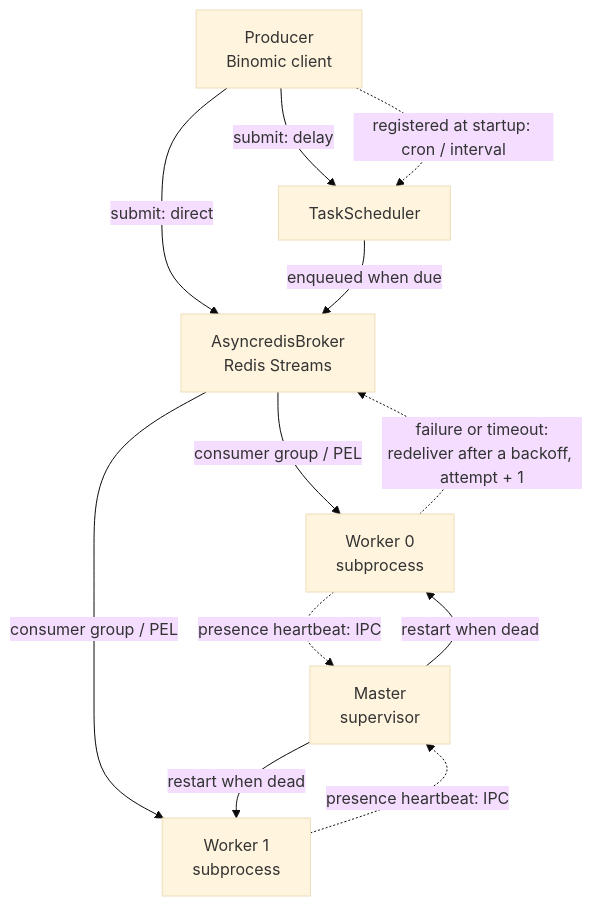
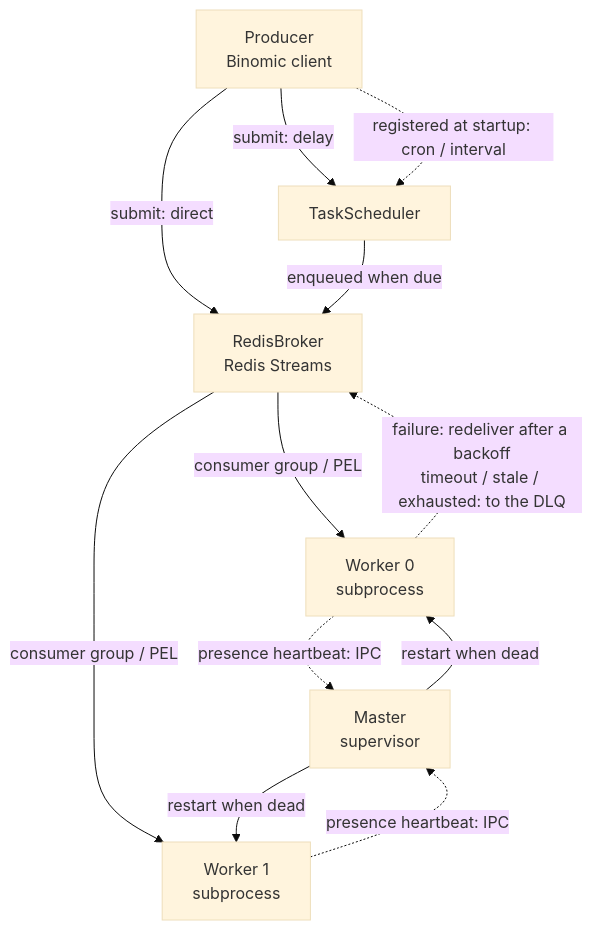
Before and after one commit to Ahsen17/binomic: the diagram in README_en.md, drawn with Mermaid (base theme). The commit also changed other lines of this file and 17 other files, not shown here.

````diff
--- a/README_en.md
+++ b/README_en.md
@@ -144,14 +145,14 @@
 ```mermaid
 flowchart TD
-    P[Producer<br>Binomic client] -->|submit: direct| B[AsyncredisBroker<br>Redis Streams]
+    P[Producer<br>Binomic client] -->|submit: direct| B[RedisBroker<br>Redis Streams]
     P -->|submit: delay| S[TaskScheduler]
     P -.->|registered at startup: cron / interval| S
     S -->|enqueued when due| B
     B -->|consumer group / PEL| W1[Worker 0<br>subprocess]
     B -->|consumer group / PEL| W2[Worker 1<br>subprocess]
-    W1 -.->|failure or timeout:<br>redeliver after a backoff, attempt + 1| B
+    W1 -.->|failure: redeliver after a backoff<br>timeout / stale / exhausted: to the DLQ| B
     M[Master<br>supervisor] -->|restart when dead| W1
     M -->|restart when dead| W2
     W1 -.->|presence heartbeat: IPC| M
     W2 -.->|presence heartbeat: IPC| M
 ```
````
